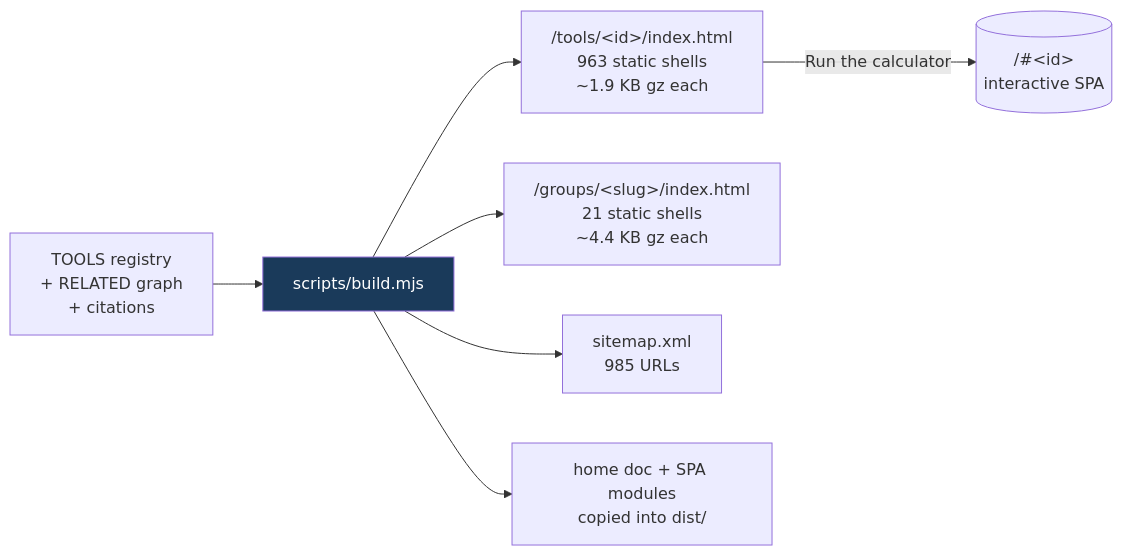
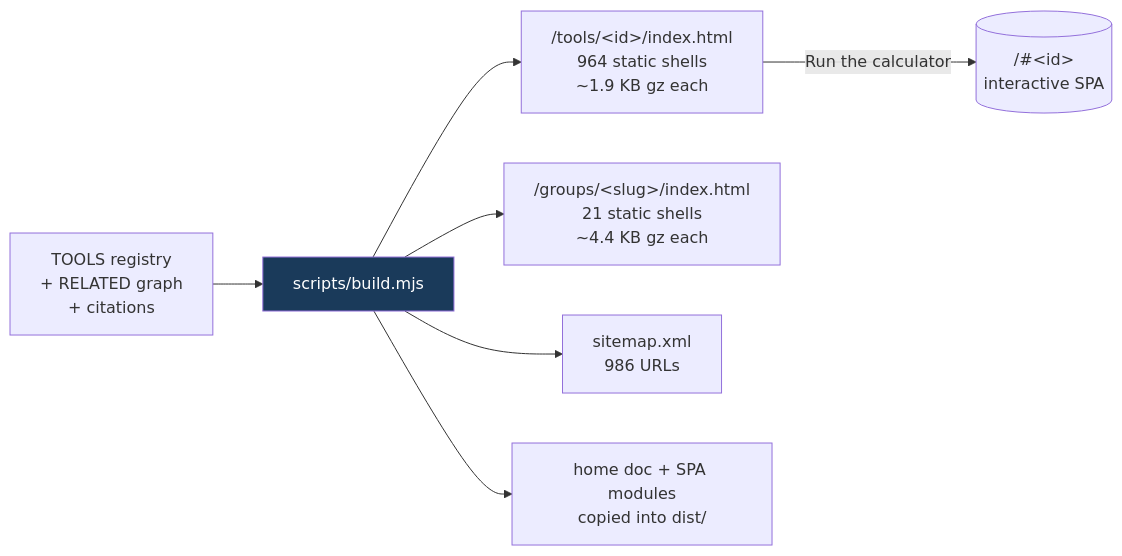
One commit to clay-good/roughlogic.com changed the fifth of 8 diagrams in README.md. Above: the diagram before and after it, drawn with Mermaid. The commit also changed other lines of this file and 14 other files, not shown here.

````diff
--- a/README.md
+++ b/README.md
@@ -495,10 +495,10 @@
 ```mermaid
 flowchart LR
     SRC[TOOLS registry\n+ RELATED graph\n+ citations] --> BUILD[scripts/build.mjs]
-    BUILD --> TILE["/tools/&lt;id&gt;/index.html\n963 static shells\n~1.9 KB gz each"]
+    BUILD --> TILE["/tools/&lt;id&gt;/index.html\n964 static shells\n~1.9 KB gz each"]
     BUILD --> GROUP["/groups/&lt;slug&gt;/index.html\n21 static shells\n~4.4 KB gz each"]
-    BUILD --> MAP["sitemap.xml\n985 URLs"]
+    BUILD --> MAP["sitemap.xml\n986 URLs"]
     BUILD --> COPY[home doc + SPA modules\ncopied into dist/]
     TILE -->|Run the calculator| SPA[("/#&lt;id&gt;\ninteractive SPA")]
     style BUILD fill:#1a3a5a,color:#fff
 ```
````
